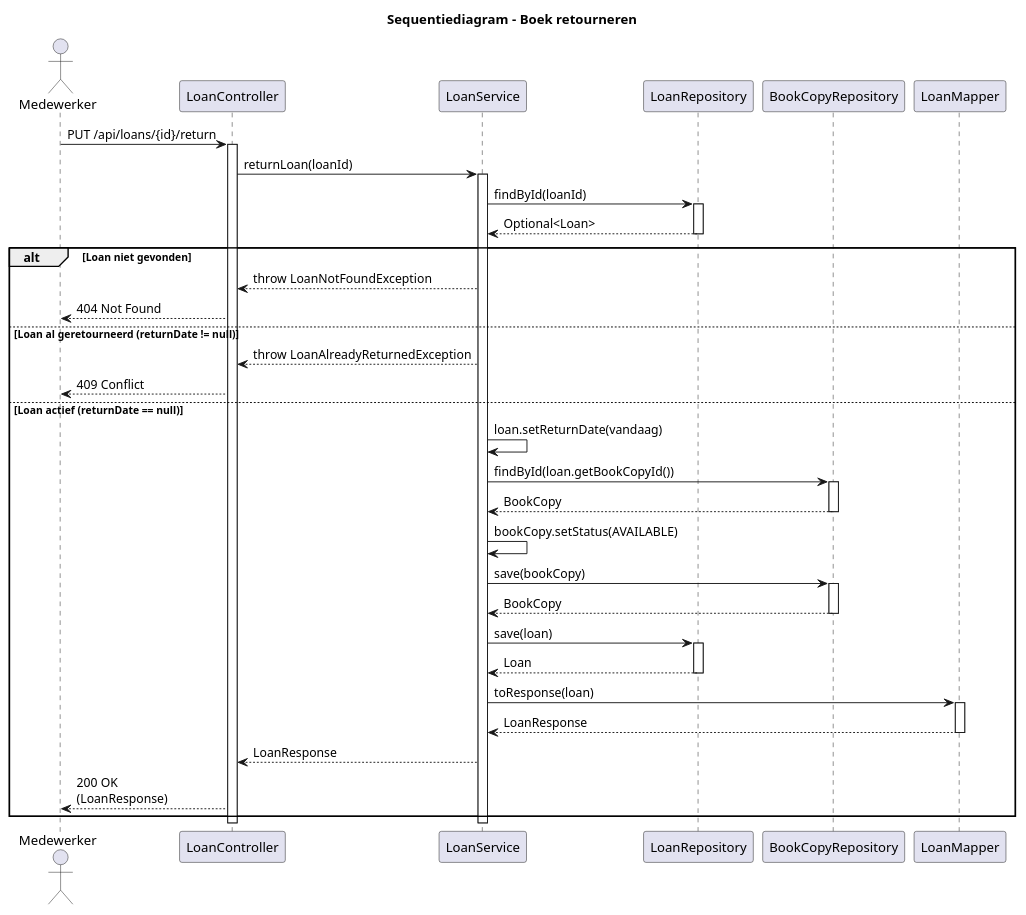
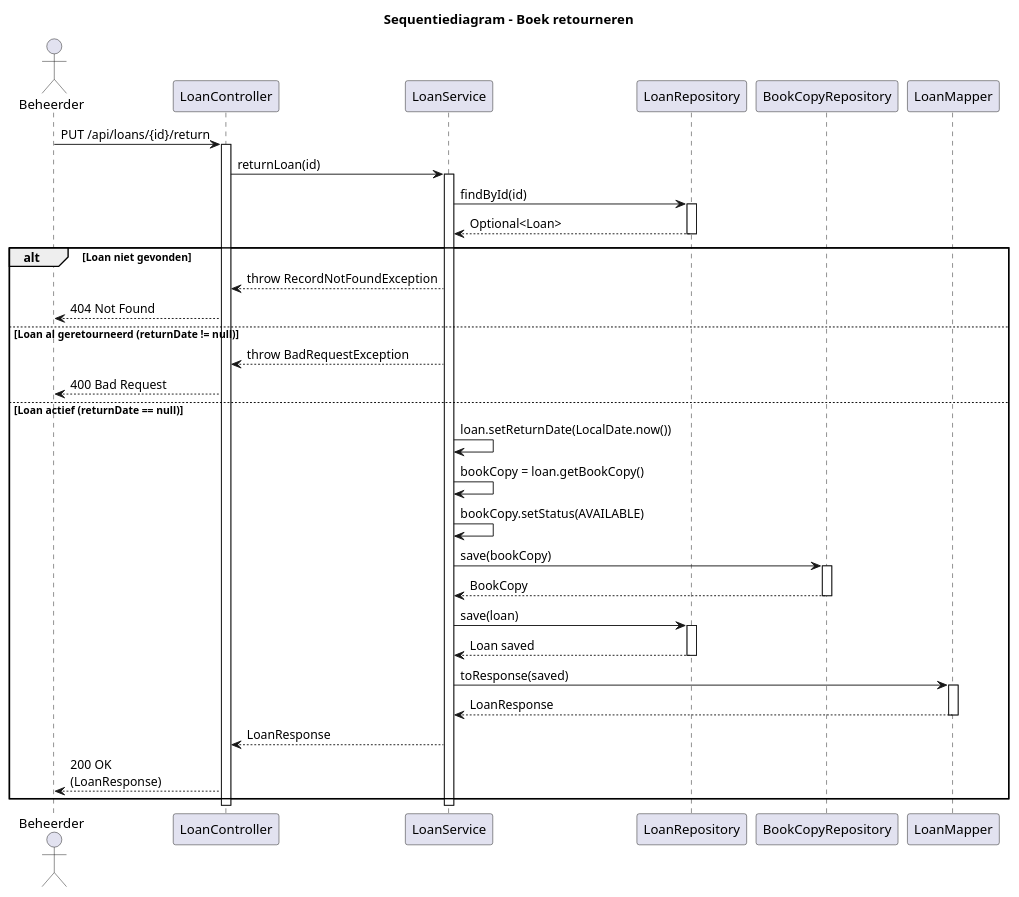
Before and after one commit to I-Tosun/library-api: the diagram in docs/uml/sequence-return.puml, drawn with PlantUML. The commit also changed 3 other files, not shown here.

Commit message:
Update README and UML diagrams

```diff
--- a/docs/uml/sequence-return.puml
+++ b/docs/uml/sequence-return.puml
@@ -1,60 +1,56 @@
 @startuml
 
 title Sequentiediagram - Boek retourneren
 
-actor Medewerker
+actor Beheerder
 participant "LoanController" as Controller
 participant "LoanService" as Service
 participant "LoanRepository" as LoanRepo
 participant "BookCopyRepository" as BookCopyRepo
 participant "LoanMapper" as Mapper
 
-Medewerker -> Controller : PUT /api/loans/{id}/return
+Beheerder -> Controller : PUT /api/loans/{id}/return
 activate Controller
 
-Controller -> Service : returnLoan(loanId)
+Controller -> Service : returnLoan(id)
 activate Service
 
-Service -> LoanRepo : findById(loanId)
+Service -> LoanRepo : findById(id)
 activate LoanRepo
 LoanRepo --> Service : Optional<Loan>
 deactivate LoanRepo
 
 alt Loan niet gevonden
-    Service --> Controller : throw LoanNotFoundException
-    Controller --> Medewerker : 404 Not Found
+    Service --> Controller : throw RecordNotFoundException
+    Controller --> Beheerder : 404 Not Found
 else Loan al geretourneerd (returnDate != null)
-    Service --> Controller : throw LoanAlreadyReturnedException
-    Controller --> Medewerker : 409 Conflict
+    Service --> Controller : throw BadRequestException
+    Controller --> Beheerder : 400 Bad Request
 else Loan actief (returnDate == null)
-    Service -> Service : loan.setReturnDate(vandaag)
+    Service -> Service : loan.setReturnDate(LocalDate.now())
+    Service -> Service : bookCopy = loan.getBookCopy()
+    Service -> Service : bookCopy.setStatus(AVAILABLE)
 
-    Service -> BookCopyRepo : findById(loan.getBookCopyId())
-    activate BookCopyRepo
-    BookCopyRepo --> Service : BookCopy
-    deactivate BookCopyRepo
-
-    Service -> Service : bookCopy.setStatus(AVAILABLE)
     Service -> BookCopyRepo : save(bookCopy)
     activate BookCopyRepo
     BookCopyRepo --> Service : BookCopy
     deactivate BookCopyRepo
 
     Service -> LoanRepo : save(loan)
     activate LoanRepo
-    LoanRepo --> Service : Loan
+    LoanRepo --> Service : Loan saved
     deactivate LoanRepo
 
-    Service -> Mapper : toResponse(loan)
+    Service -> Mapper : toResponse(saved)
     activate Mapper
     Mapper --> Service : LoanResponse
     deactivate Mapper
 
     Service --> Controller : LoanResponse
-    Controller --> Medewerker : 200 OK\n(LoanResponse)
+    Controller --> Beheerder : 200 OK\n(LoanResponse)
 end
 
 deactivate Service
 deactivate Controller
 
 @enduml
```
